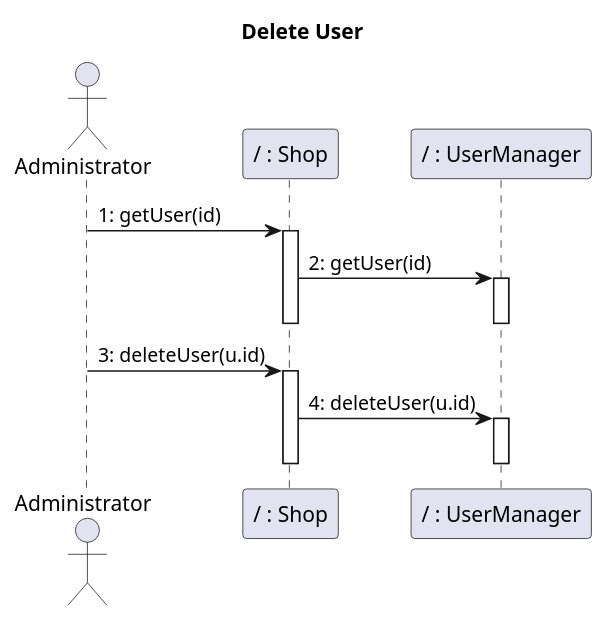
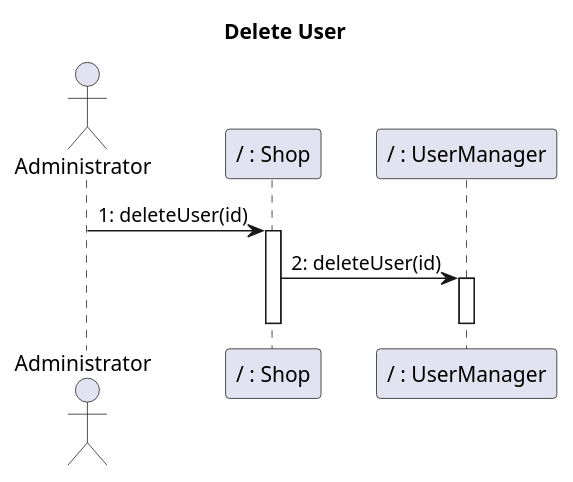
One commit to nicolabattaglino/ezshop changed the ninth of 34 diagrams in Deliverables/DesignDocument.md. Above: the diagram before and after it, drawn with PlantUML. The commit also changed other lines of this file, not shown here.

Commit message:
sequence diagram

````diff
--- a/Deliverables/DesignDocument.md
+++ b/Deliverables/DesignDocument.md
@@ -677,23 +677,17 @@
 ```plantuml
 @startuml
 title Delete User
 actor Administrator
 participant "/ : Shop" as Shop
 participant "/ : UserManager" as UserManager
 
-Administrator -> Shop: 1: getUser(id)
+
+Administrator -> Shop: 1: deleteUser(id)
 activate Shop
-Shop -> UserManager: 2: getUser(id)
-activate UserManager
-deactivate UserManager
-deactivate Shop
-
-Administrator -> Shop: 3: deleteUser(u.id)
-activate Shop
-Shop -> UserManager: 4: deleteUser(u.id)
+Shop -> UserManager: 2: deleteUser(id)
 activate UserManager
 deactivate UserManager
 deactivate Shop
 
 @enduml
 ```
````
